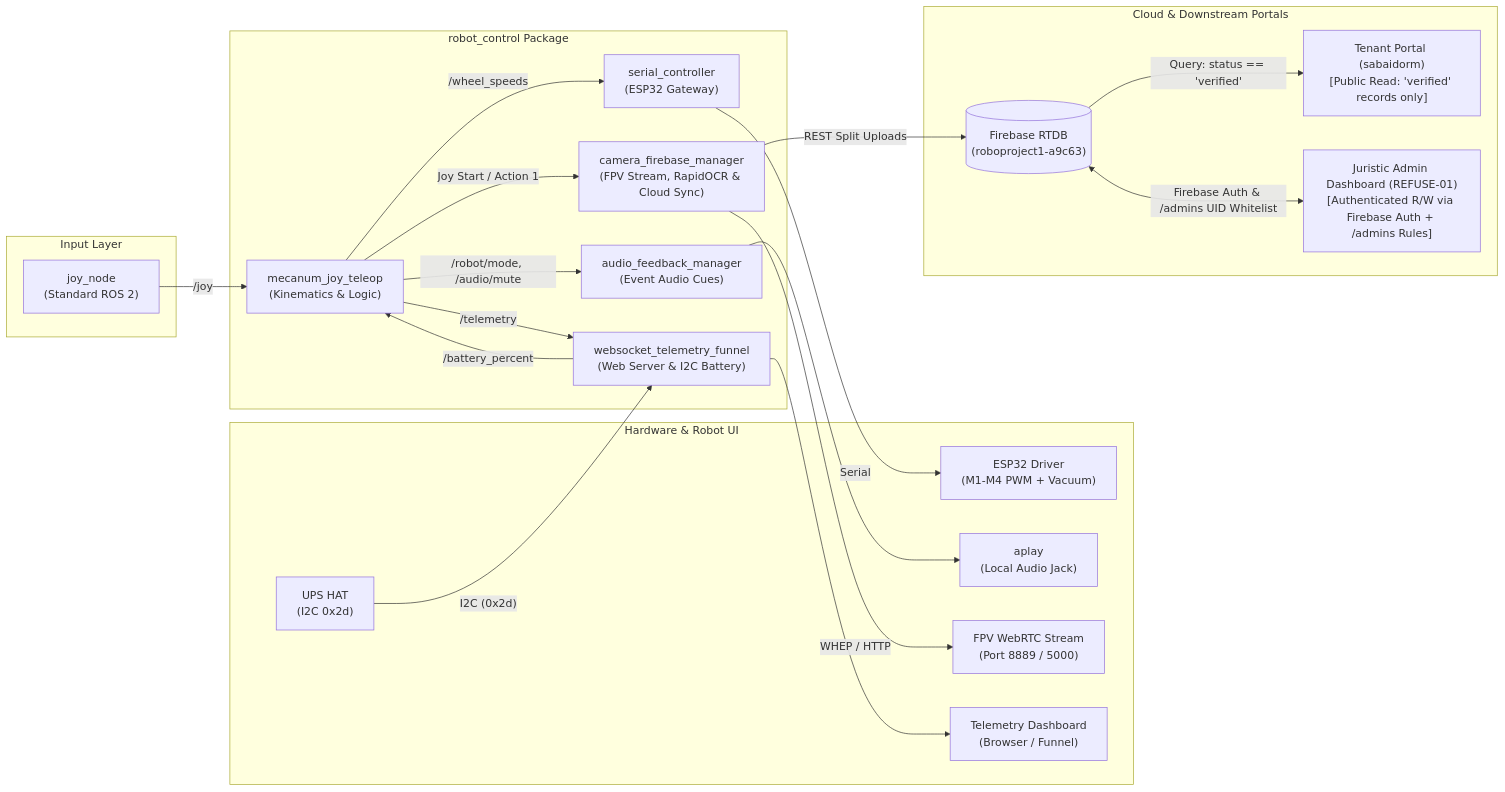
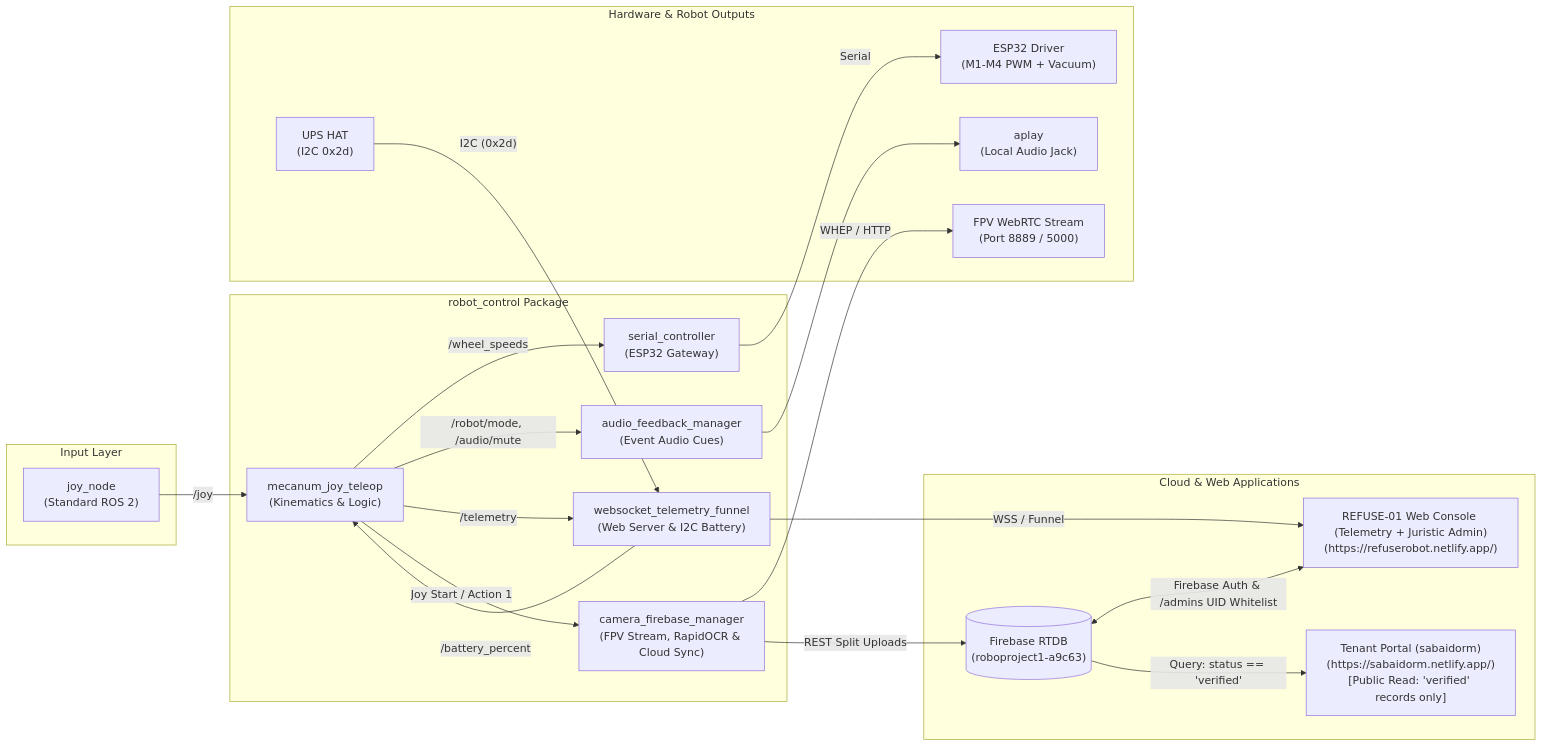
Before and after one commit to PanTiwon/RoboProject_Server: the first of 2 diagrams in README.md, drawn with Mermaid. The commit also changed other lines of this file, not shown here.

Commit message:
docs: deduplicate and unify REFUSE-01 console in architecture diagrams and access guide

````diff
--- a/README.md
+++ b/README.md
@@ -114,46 +114,45 @@
 ```mermaid
 flowchart LR
     subgraph Inputs ["Input Layer"]
         JoyNode["joy_node\n(Standard ROS 2)"]
     end
 
     subgraph Core ["robot_control Package"]
         Teleop["mecanum_joy_teleop\n(Kinematics & Logic)"]
         SerialNode["serial_controller\n(ESP32 Gateway)"]
         CameraNode["camera_firebase_manager\n(FPV Stream, RapidOCR & Cloud Sync)"]
         AudioNode["audio_feedback_manager\n(Event Audio Cues)"]
         TelemetryNode["websocket_telemetry_funnel\n(Web Server & I2C Battery)"]
     end
 
-    subgraph Outputs ["Hardware & Robot UI"]
+    subgraph Outputs ["Hardware & Robot Outputs"]
         ESP32["ESP32 Driver\n(M1-M4 PWM + Vacuum)"]
         AudioOut["aplay\n(Local Audio Jack)"]
         FPVOut["FPV WebRTC Stream\n(Port 8889 / 5000)"]
-        Dashboard["Telemetry Dashboard\n(Browser / Funnel)"]
         UPS["UPS HAT\n(I2C 0x2d)"]
     end
 
-    subgraph Cloud ["Cloud & Downstream Portals"]
+    subgraph Cloud ["Cloud & Web Applications"]
         FirebaseRTDB[("Firebase RTDB\n(roboproject1-a9c63)")]
-        TenantPortal["Tenant Portal (sabaidorm)\n[Public Read: 'verified' records only]"]
-        AdminDashboard["Juristic Admin Dashboard (REFUSE-01)\n[Authenticated R/W via Firebase Auth + /admins Rules]"]
+        RefuseConsole["REFUSE-01 Web Console (Telemetry + Juristic Admin)\n(https://refuserobot.netlify.app/)"]
+        TenantPortal["Tenant Portal (sabaidorm)\n(https://sabaidorm.netlify.app/)\n[Public Read: 'verified' records only]"]
     end
 
     JoyNode -->|/joy| Teleop
     Teleop -->|/wheel_speeds| SerialNode
     Teleop -->|/robot/mode, /audio/mute| AudioNode
     Teleop -->|/telemetry| TelemetryNode
     Teleop -->|Joy Start / Action 1| CameraNode
     
     UPS -->|"I2C (0x2d)"| TelemetryNode
     TelemetryNode -->|/battery_percent| Teleop
 
     SerialNode -->|Serial <M1,M2,M3,M4,Vacuum,Yaw,Pitch>| ESP32
     AudioNode --> AudioOut
     CameraNode -->|WHEP / HTTP| FPVOut
     CameraNode -->|REST Split Uploads| FirebaseRTDB
-    TelemetryNode --> Dashboard
+    TelemetryNode -->|WSS / Funnel| RefuseConsole
 
+    FirebaseRTDB <-->|Firebase Auth & /admins UID Whitelist| RefuseConsole
     FirebaseRTDB -->|Query: status == 'verified'| TenantPortal
-    FirebaseRTDB <-->|Firebase Auth & /admins UID Whitelist| AdminDashboard
 ```
````
